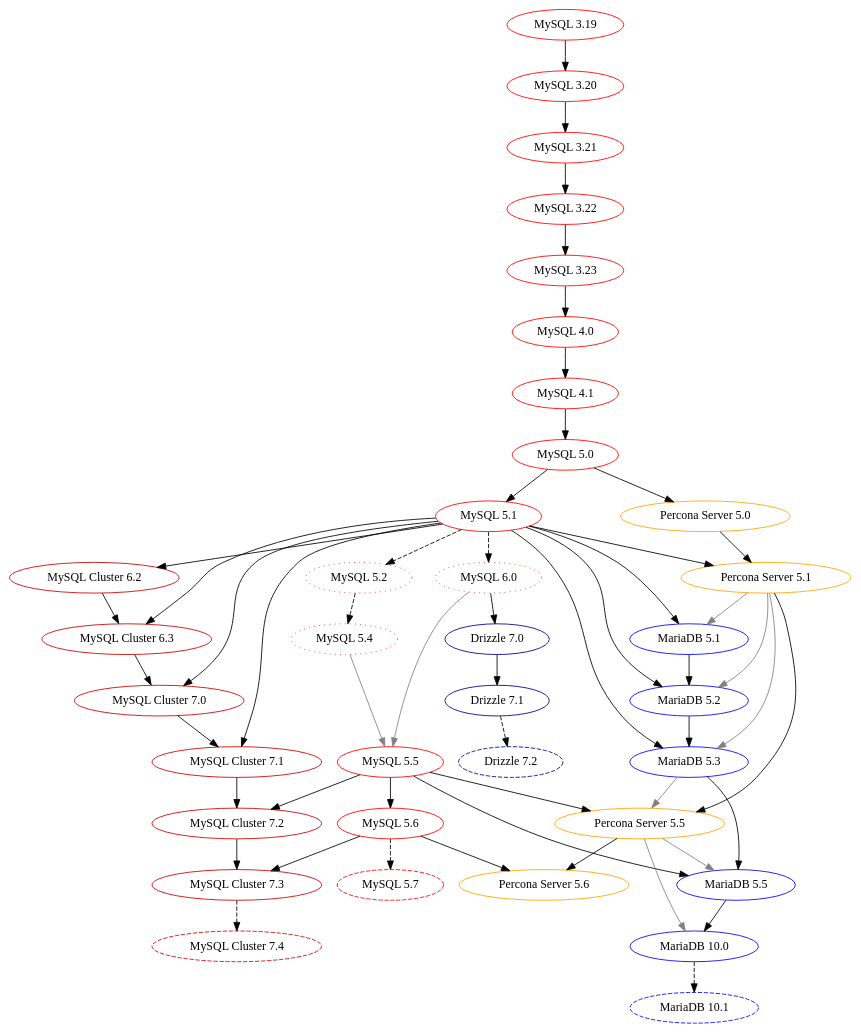
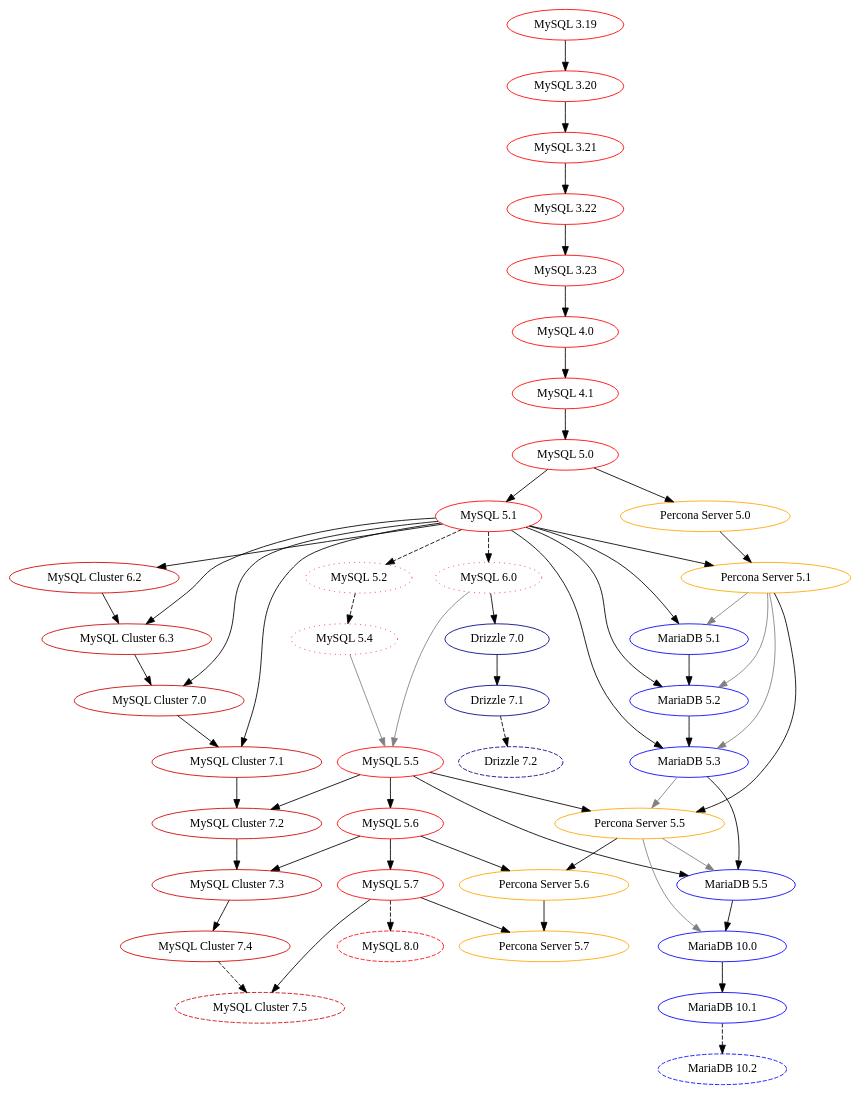
Before and after one commit to dveeden/mysql-history-graph: the diagram in mysql-history-graph.dot, drawn with Graphviz. The commit also changed 2 other files, not shown here.

Commit message:
Add MySQL 8.0, Percona Server 5.7, MySQL Cluster 7.5, MariaDB 10.2

```diff
--- a/mysql-history-graph.dot
+++ b/mysql-history-graph.dot
@@ -1,110 +1,120 @@
 digraph mysql_history_graph {
 	/* Standards:
 	   Non-GA: 		dashed
 	   Abandoned: 		dotted 
 	   Oracle MySQL: 	red
 	   MySQL Cluster: 	red3
 	   MariaDB: 		blue
 	   Drizzle: 		blue4
 	   Percona Server: 	orange
 	*/
 
 	/* MySQL/Sun/Oracle MySQL GA */
 	"MySQL 3.19" [color="red"];
 	"MySQL 3.20" [color="red"];
 	"MySQL 3.21" [color="red"];
 	"MySQL 3.22" [color="red"];
 	"MySQL 3.23" [color="red"];
 	"MySQL 4.0" [color="red"];
 	"MySQL 4.1" [color="red"];
 	"MySQL 5.0" [color="red"];
 	"MySQL 5.1" [color="red"];
 	"MySQL 5.5" [color="red"];
 	"MySQL 5.6" [color="red"];
+	"MySQL 5.7" [color="red"];
 	"MySQL 3.19" -> "MySQL 3.20";
 	"MySQL 3.20" -> "MySQL 3.21";
 	"MySQL 3.21" -> "MySQL 3.22";
 	"MySQL 3.22" -> "MySQL 3.23";
 	"MySQL 3.23" -> "MySQL 4.0";
 	"MySQL 4.0" -> "MySQL 4.1";
 	"MySQL 4.1" -> "MySQL 5.0";
 	"MySQL 5.0" -> "MySQL 5.1";
 	"MySQL 5.5" -> "MySQL 5.6";
+	"MySQL 5.6" -> "MySQL 5.7";
 	"MySQL 5.4" -> "MySQL 5.5" [color="grey"]; // InnoDB Scalability
 	"MySQL 6.0" -> "MySQL 5.5" [color="grey"]; // Optimizer improvements
 
 	/* MySQL/Sun/Oracle non-GA */	
 	"MySQL 5.2" [color="red",style="dotted"];
 	"MySQL 5.4" [color="red",style="dotted"];
-	"MySQL 5.7" [color="red",style="dashed"];
 	"MySQL 6.0" [color="red",style="dotted"];
+	"MySQL 8.0" [color="red",style="dashed"];
 	"MySQL 5.1" -> "MySQL 5.2" [style="dashed"];
 	"MySQL 5.1" -> "MySQL 6.0" [style="dashed"];
 	"MySQL 5.2" -> "MySQL 5.4" [style="dashed"];
-	"MySQL 5.6" -> "MySQL 5.7" [style="dashed"];
+	"MySQL 5.7" -> "MySQL 8.0" [style="dashed"];
 
 	/* MySQL Cluster (NDB) */
 	"MySQL Cluster 6.2" [color="red3"]
 	"MySQL Cluster 6.3" [color="red3"]
 	"MySQL Cluster 7.0" [color="red3"]
 	"MySQL Cluster 7.1" [color="red3"]
 	"MySQL Cluster 7.2" [color="red3"]
 	"MySQL Cluster 7.3"  [color="red3"]
-	"MySQL Cluster 7.4"  [color="red3", style="dashed"]
+	"MySQL Cluster 7.4"  [color="red3"]
+	"MySQL Cluster 7.5"  [color="red3", style="dashed"]
 	"MySQL 5.1" -> "MySQL Cluster 6.2";
 	"MySQL 5.1" -> "MySQL Cluster 6.3";
 	"MySQL Cluster 6.2" -> "MySQL Cluster 6.3";
 	"MySQL 5.1" -> "MySQL Cluster 7.0";
 	"MySQL Cluster 6.3" -> "MySQL Cluster 7.0";
 	"MySQL 5.1" -> "MySQL Cluster 7.1";
 	"MySQL Cluster 7.0" -> "MySQL Cluster 7.1";
 	"MySQL 5.5" -> "MySQL Cluster 7.2";
 	"MySQL Cluster 7.1" -> "MySQL Cluster 7.2";
 	"MySQL 5.6" -> "MySQL Cluster 7.3";
 	"MySQL Cluster 7.2" -> "MySQL Cluster 7.3";
-	"MySQL Cluster 7.3" -> "MySQL Cluster 7.4" [style="dashed"];
+	"MySQL Cluster 7.3" -> "MySQL Cluster 7.4";
+	"MySQL 5.7" -> "MySQL Cluster 7.5";
+	"MySQL Cluster 7.4" -> "MySQL Cluster 7.5" [style="dashed"];
 
 	/* MariaDB */
 	"MariaDB 5.1" [color="blue"];
 	"MariaDB 5.2" [color="blue"];
 	"MariaDB 5.3" [color="blue"];
 	"MariaDB 5.5" [color="blue"];
 	"MariaDB 10.0" [color="blue"];
-	"MariaDB 10.1" [color="blue",style="dashed"];
+	"MariaDB 10.1" [color="blue"];
+	"MariaDB 10.2" [color="blue",style="dashed"];
 	"MySQL 5.1" -> "MariaDB 5.1";
 	"Percona Server 5.1" -> "MariaDB 5.1" [color="grey"]; // XtraDB
 	"MySQL 5.1" -> "MariaDB 5.2";
 	"MariaDB 5.1" -> "MariaDB 5.2";
 	"Percona Server 5.1" -> "MariaDB 5.2" [color="grey"]; // XtraDB
 	"MySQL 5.1" -> "MariaDB 5.3";
 	"MariaDB 5.2" -> "MariaDB 5.3";
 	"Percona Server 5.1" -> "MariaDB 5.3" [color="grey"]; // XtraDB
 	"MySQL 5.5" -> "MariaDB 5.5";
 	"MariaDB 5.3" -> "MariaDB 5.5";
 	"Percona Server 5.5" -> "MariaDB 5.5" [color="grey"]; // XtraDB
 	"MariaDB 5.5" -> "MariaDB 10.0";
 	"Percona Server 5.5" -> "MariaDB 10.0" [color="grey"]; // XtraDB
-	"MariaDB 10.0" -> "MariaDB 10.1" [style="dashed"];
+	"MariaDB 10.0" -> "MariaDB 10.1";
+	"MariaDB 10.1" -> "MariaDB 10.2" [style="dashed"];
 
 	/* Percona Server */
 	"Percona Server 5.0" [color="orange"];
 	"Percona Server 5.1" [color="orange"];
 	"Percona Server 5.5" [color="orange"];
 	"Percona Server 5.6" [color="orange"];
+	"Percona Server 5.7" [color="orange"];
 	"MySQL 5.0" -> "Percona Server 5.0";
 	"MySQL 5.1" -> "Percona Server 5.1";
 	"Percona Server 5.0" -> "Percona Server 5.1";
 	"MySQL 5.5" -> "Percona Server 5.5";
 	"Percona Server 5.1" -> "Percona Server 5.5";
 	"MariaDB 5.3" -> "Percona Server 5.5" [color="grey"]; // group commit
 	"MySQL 5.6" -> "Percona Server 5.6";
 	"Percona Server 5.5" -> "Percona Server 5.6";
+	"MySQL 5.7" -> "Percona Server 5.7";
+	"Percona Server 5.6" -> "Percona Server 5.7";
 
 	/* Drizzle */
 	"Drizzle 7.0" [color="blue4"];
 	"Drizzle 7.1" [color="blue4"];
 	"Drizzle 7.2" [color="blue4", style="dashed"];
 	"MySQL 6.0" -> "Drizzle 7.0";
 	"Drizzle 7.0" -> "Drizzle 7.1";
 	"Drizzle 7.1" -> "Drizzle 7.2" [style="dashed"];
 }
```
